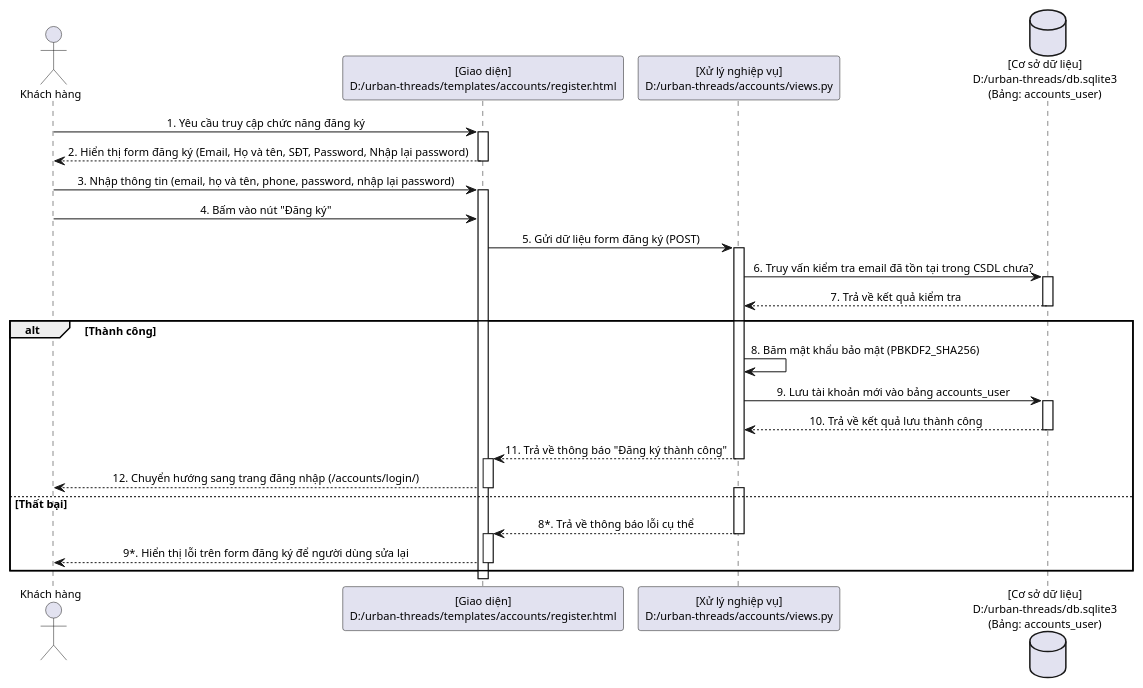
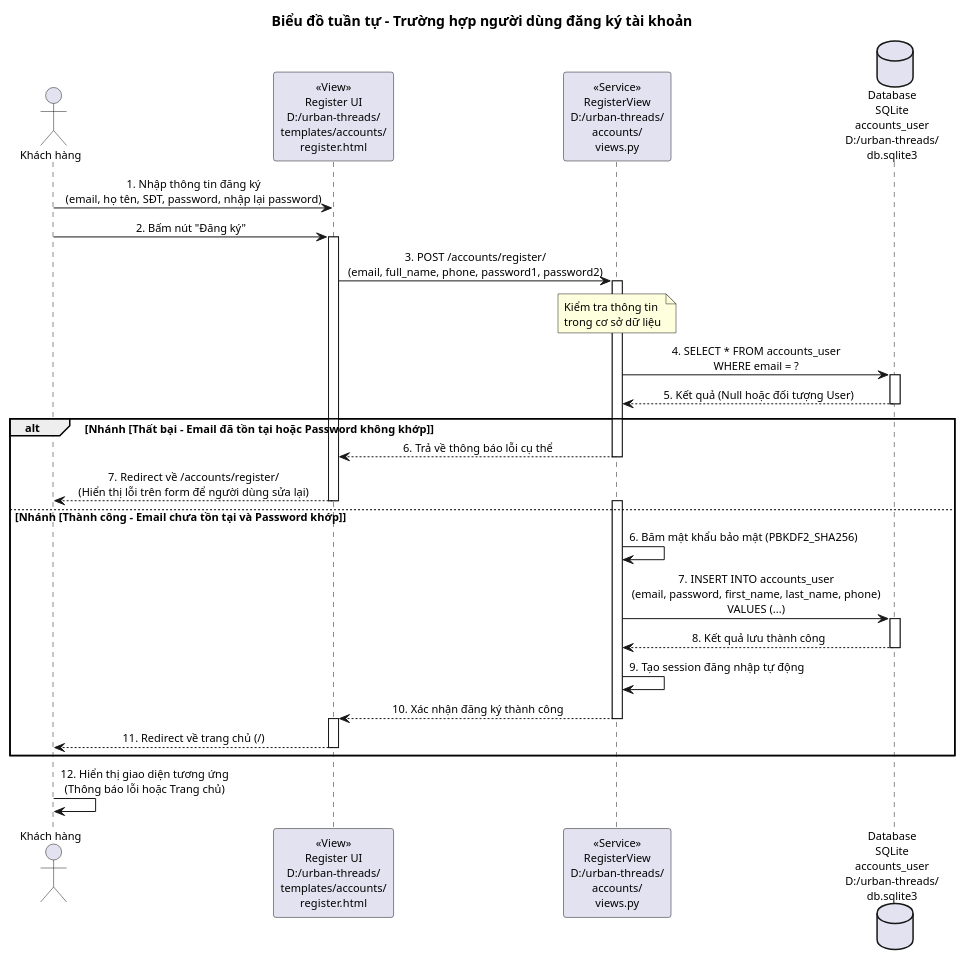
The diagram in use_cases/sequence_dang_ky.puml (HNKILLNET404/lehainam_24ct1_cnpm), drawn with PlantUML before and after one commit. The commit also changed 1 other file, not shown here.

```diff
--- a/use_cases/sequence_dang_ky.puml
+++ b/use_cases/sequence_dang_ky.puml
@@ -1,51 +1,52 @@
 @startuml
-skinparam sequenceMessageAlign center
 skinparam shadowing false
 skinparam defaultFontName Arial
 skinparam defaultFontSize 11
+skinparam sequenceMessageAlign center
+
+title Biểu đồ tuần tự - Trường hợp người dùng đăng ký tài khoản
 
 actor "Khách hàng" as User
-participant "[Giao diện]\nD:/urban-threads/templates/accounts/register.html" as UI
-participant "[Xử lý nghiệp vụ]\nD:/urban-threads/accounts/views.py" as BE
-database "[Cơ sở dữ liệu]\nD:/urban-threads/db.sqlite3\n(Bảng: accounts_user)" as DB
 
-box "Tên chức năng: Đăng ký tài khoản" #LightYellow
-end box
+participant "«View»\nRegister UI\nD:/urban-threads/\ntemplates/accounts/\nregister.html" as UI
 
-User -> UI : 1. Yêu cầu truy cập chức năng đăng ký
+participant "«Service»\nRegisterView\nD:/urban-threads/\naccounts/\nviews.py" as BE
+
+database "Database\nSQLite\naccounts_user\nD:/urban-threads/\ndb.sqlite3" as DB
+
+User -> UI : 1. Nhập thông tin đăng ký\n(email, họ tên, SĐT, password, nhập lại password)
+User -> UI : 2. Bấm nút "Đăng ký"
 activate UI
-UI --> User : 2. Hiển thị form đăng ký (Email, Họ và tên, SĐT, Password, Nhập lại password)
-deactivate UI
-
-User -> UI : 3. Nhập thông tin (email, họ và tên, phone, password, nhập lại password)
-activate UI
-User -> UI : 4. Bấm vào nút "Đăng ký"
-UI -> BE : 5. Gửi dữ liệu form đăng ký (POST)
+UI -> BE : 3. POST /accounts/register/\n(email, full_name, phone, password1, password2)
 activate BE
 
-BE -> DB : 6. Truy vấn kiểm tra email đã tồn tại trong CSDL chưa?
+note over BE : Kiểm tra thông tin\ntrong cơ sở dữ liệu
+
+BE -> DB : 4. SELECT * FROM accounts_user\nWHERE email = ?
 activate DB
-DB --> BE : 7. Trả về kết quả kiểm tra
+DB --> BE : 5. Kết quả (Null hoặc đối tượng User)
 deactivate DB
 
-alt Thành công
-    BE -> BE : 8. Băm mật khẩu bảo mật (PBKDF2_SHA256)
-    BE -> DB : 9. Lưu tài khoản mới vào bảng accounts_user
+alt Nhánh [Thất bại - Email đã tồn tại hoặc Password không khớp]
+    BE --> UI : 6. Trả về thông báo lỗi cụ thể
+    deactivate BE
+    UI --> User : 7. Redirect về /accounts/register/\n(Hiển thị lỗi trên form để người dùng sửa lại)
+    deactivate UI
+else Nhánh [Thành công - Email chưa tồn tại và Password khớp]
+    activate BE
+    BE -> BE : 6. Băm mật khẩu bảo mật (PBKDF2_SHA256)
+    BE -> DB : 7. INSERT INTO accounts_user\n(email, password, first_name, last_name, phone)\nVALUES (...)
     activate DB
-    DB --> BE : 10. Trả về kết quả lưu thành công
+    DB --> BE : 8. Kết quả lưu thành công
     deactivate DB
-    BE --> UI : 11. Trả về thông báo "Đăng ký thành công"
+    BE -> BE : 9. Tạo session đăng nhập tự động
+    BE --> UI : 10. Xác nhận đăng ký thành công
     deactivate BE
     activate UI
-    UI --> User : 12. Chuyển hướng sang trang đăng nhập (/accounts/login/)
-    deactivate UI
-else Thất bại
-    activate BE
-    BE --> UI : 8*. Trả về thông báo lỗi cụ thể
-    deactivate BE
-    activate UI
-    UI --> User : 9*. Hiển thị lỗi trên form đăng ký để người dùng sửa lại
+    UI --> User : 11. Redirect về trang chủ (/)
     deactivate UI
 end
 
+User -> User : 12. Hiển thị giao diện tương ứng\n(Thông báo lỗi hoặc Trang chủ)
+
 @enduml
```
